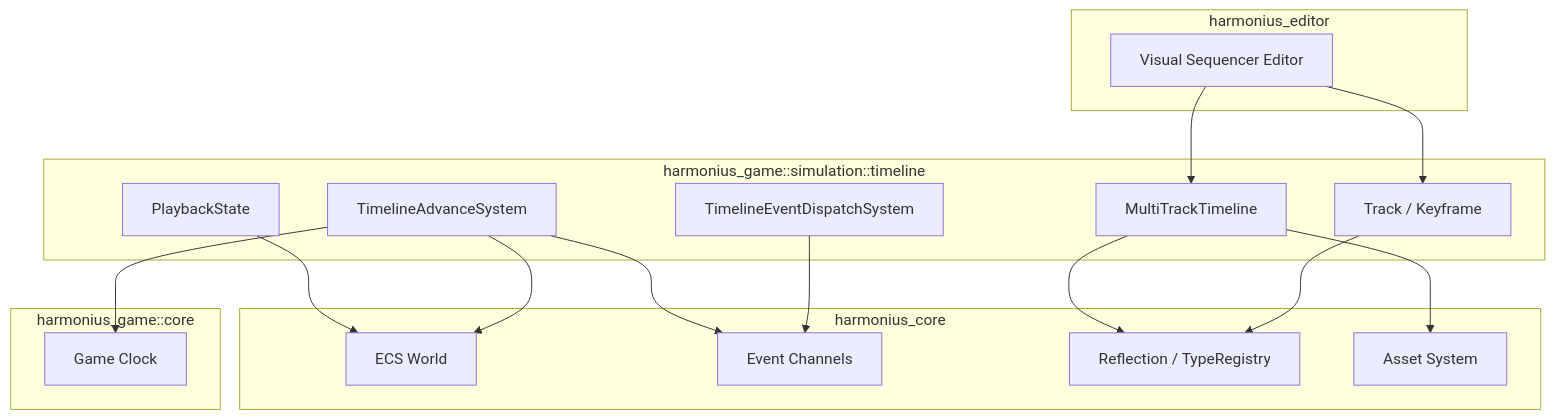
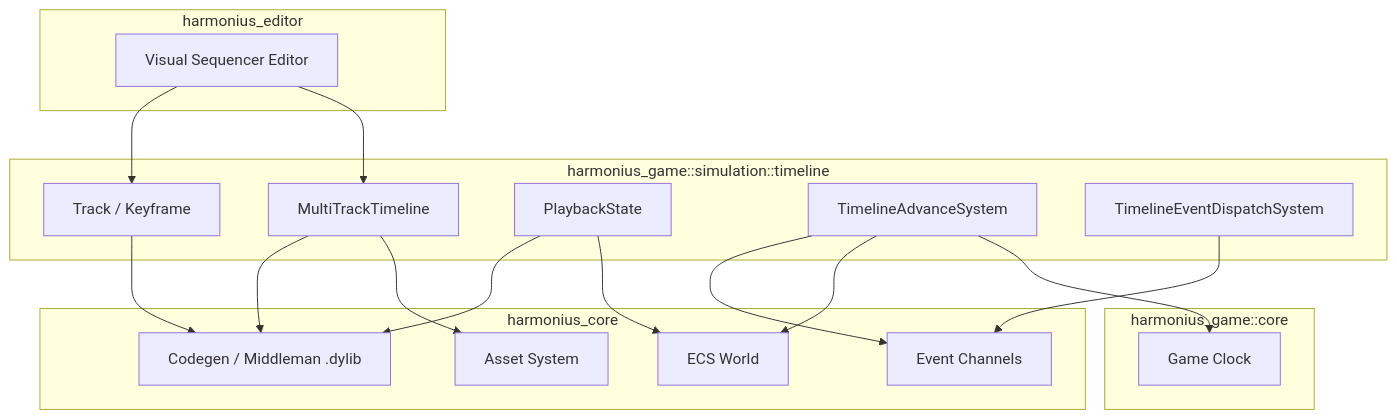
The first of 4 diagrams in docs/design/simulation/timelines.md (harmonius-dev/harmonius), drawn with Mermaid before and after one commit. The commit also changed other lines of this file and 174 other files, not shown here.

````diff
--- a/docs/design/simulation/timelines.md
+++ b/docs/design/simulation/timelines.md
@@ -90,37 +89,38 @@
 ```mermaid
 graph TD
     subgraph sim["harmonius_game::simulation::timeline"]
         MTT[MultiTrackTimeline]
         TRK[Track / Keyframe]
         PBS[PlaybackState]
         TAS[TimelineAdvanceSystem]
         TED[TimelineEventDispatchSystem]
     end
 
     subgraph core["harmonius_core"]
         ECS[ECS World]
         EVT[Event Channels]
-        REF[Reflection / TypeRegistry]
         AST[Asset System]
+        CDG[Codegen / Middleman .dylib]
     end
 
     subgraph deps["harmonius_game::core"]
         CLK[Game Clock]
     end
 
     subgraph editor["harmonius_editor"]
         VSE[Visual Sequencer Editor]
     end
 
-    MTT --> REF
     MTT --> AST
-    TRK --> REF
+    MTT --> CDG
+    TRK --> CDG
     PBS --> ECS
+    PBS --> CDG
     TAS --> CLK
     TAS --> ECS
     TAS --> EVT
     TED --> EVT
 
     VSE --> MTT
     VSE --> TRK
 ```
````
